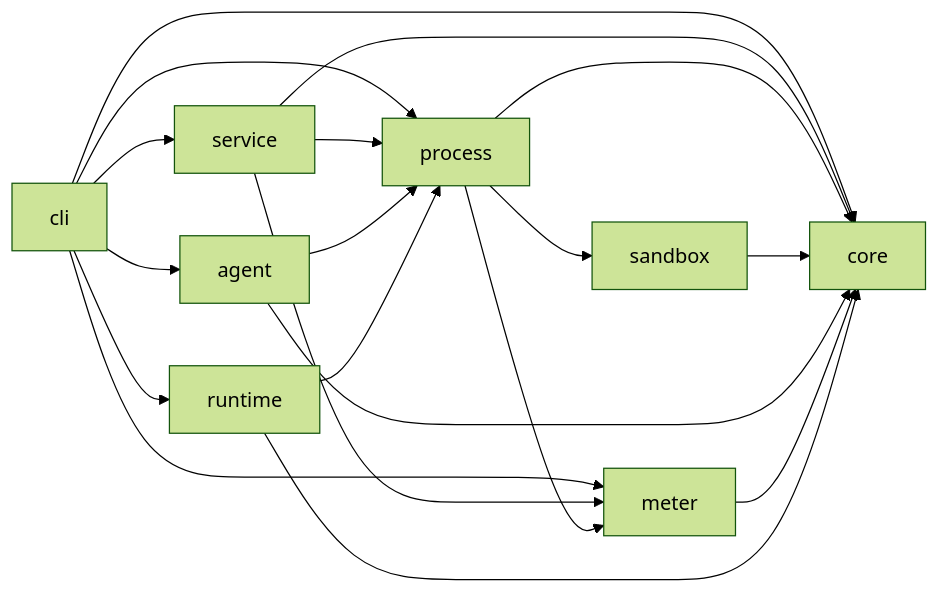
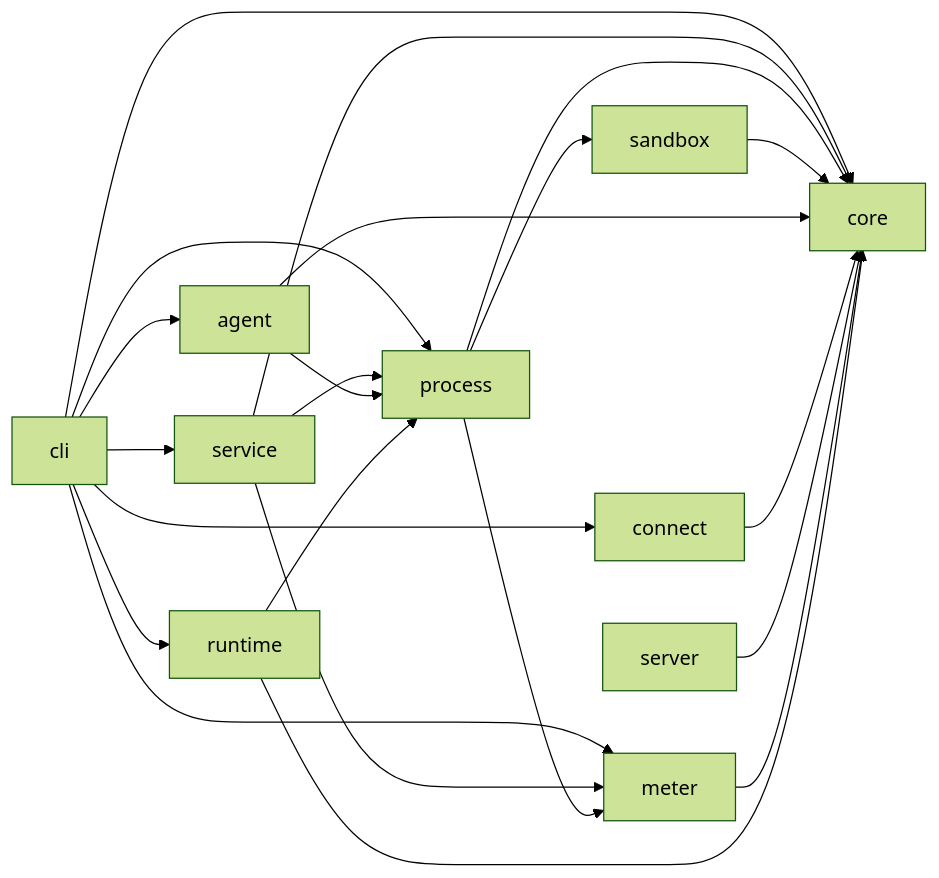
Before and after one commit to johnloveworld2022-ops/mecha.im: the first of 5 diagrams in website/docs/reference/architecture.md, drawn with Mermaid (forest theme). The commit also changed other lines of this file and 3 other files, not shown here.

````diff
--- a/website/docs/reference/architecture.md
+++ b/website/docs/reference/architecture.md
@@ -23,21 +25,24 @@
 ```mermaid
 graph LR
   cli --> service
   cli --> core
   cli --> agent
+  cli --> connect
   cli --> process
   cli --> runtime
   cli --> meter
   service --> process
   service --> meter
   service --> core
   process --> core
   process --> sandbox
   process --> meter
   sandbox --> core
   agent --> core
   agent --> process
+  connect --> core
+  server --> core
   meter --> core
   runtime --> core
   runtime --> process
 ```
````
